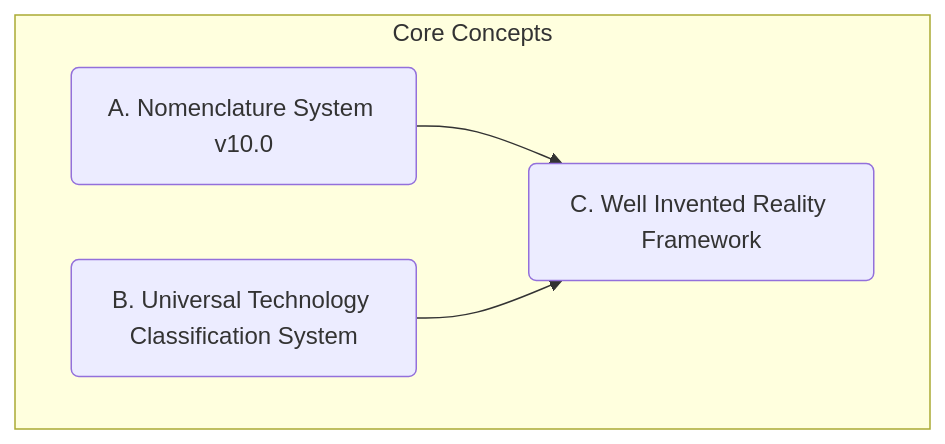
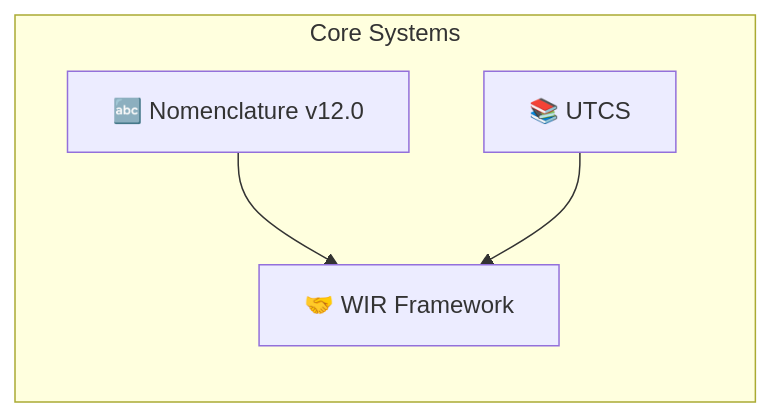
The fourth of 4 diagrams in README.md (Robbbo-T/A-Q-U-A_V), drawn with Mermaid before and after one commit. The commit also changed other lines of this file, not shown here.

````diff
--- a/README.md
+++ b/README.md
@@ -103,9 +208,9 @@
 ```mermaid
-graph TD
-    subgraph Core Concepts
-        Nomenclature(A. Nomenclature System v10.0)
-        UTCS(B. Universal Technology Classification System)
-        WIR(C. Well Invented Reality Framework)
-    end
-    Nomenclature & UTCS --> WIR
+graph LR
+  subgraph Core Systems
+    NOMS[🔤 Nomenclature v12.0]
+    UTCS[📚 UTCS]
+    WIR[🤝 WIR Framework]
+  end
+  NOMS & UTCS --> WIR
 ```
````
